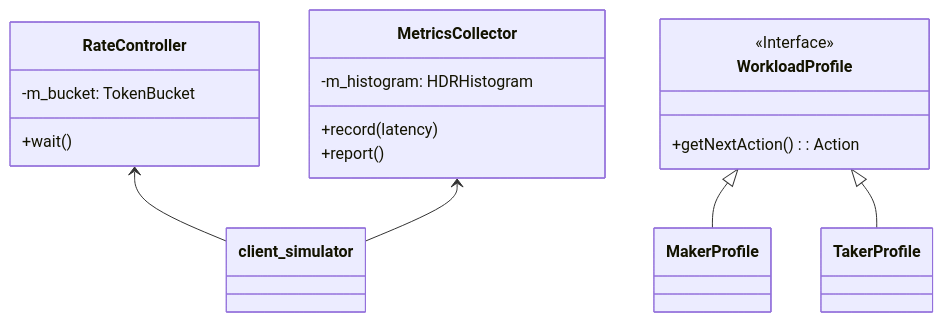
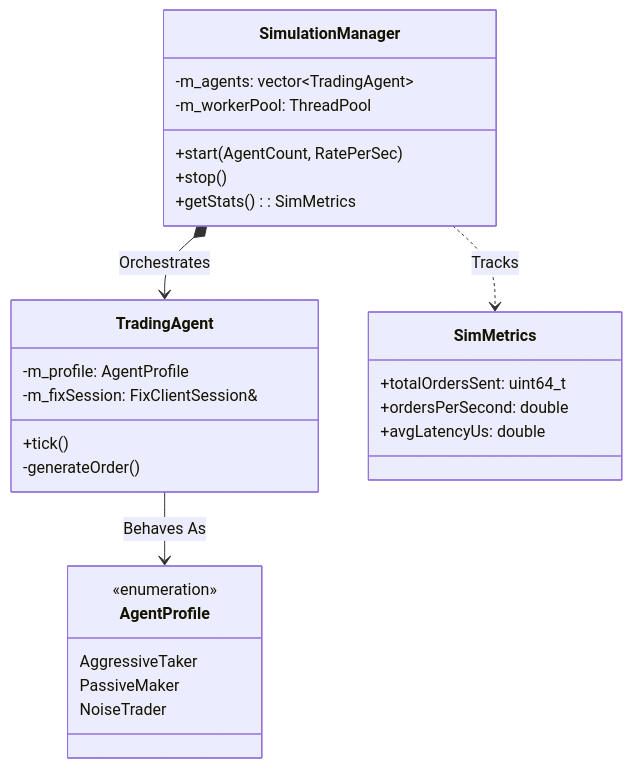
The second of 2 diagrams in client/client_simulator/README.md (SujalChoudhari/BetaTrader), drawn with Mermaid before and after one commit. The commit also changed other lines of this file and 8 other files, not shown here.

````diff
--- a/client/client_simulator/README.md
+++ b/client/client_simulator/README.md
@@ -7,22 +40,34 @@
 ```mermaid
 classDiagram
-    class RateController {
-        +wait()
-        -m_bucket: TokenBucket
+    class SimulationManager {
+        +start(AgentCount, RatePerSec)
+        +stop()
+        +getStats() : SimMetrics
+        -m_agents: vector~TradingAgent~
+        -m_workerPool: ThreadPool
     }
-    class MetricsCollector {
-        +record(latency)
-        +report()
-        -m_histogram: HDRHistogram
+    
+    class TradingAgent {
+        +tick()
+        -m_profile: AgentProfile
+        -generateOrder()
+        -m_fixSession: FixClientSession&
     }
-    class WorkloadProfile {
-        <<Interface>>
-        +getNextAction(): Action
+    
+    class AgentProfile {
+        <<enumeration>>
+        AggressiveTaker
+        PassiveMaker
+        NoiseTrader
     }
-    class MakerProfile
-    class TakerProfile
-    WorkloadProfile <|-- MakerProfile
-    WorkloadProfile <|-- TakerProfile
-    RateController <-- client_simulator
-    MetricsCollector <-- client_simulator
+    
+    class SimMetrics {
+        +totalOrdersSent: uint64_t
+        +ordersPerSecond: double
+        +avgLatencyUs: double
+    }
+
+    SimulationManager *--> TradingAgent : Orchestrates
+    TradingAgent --> AgentProfile : Behaves As
+    SimulationManager ..> SimMetrics : Tracks
 ```
````
